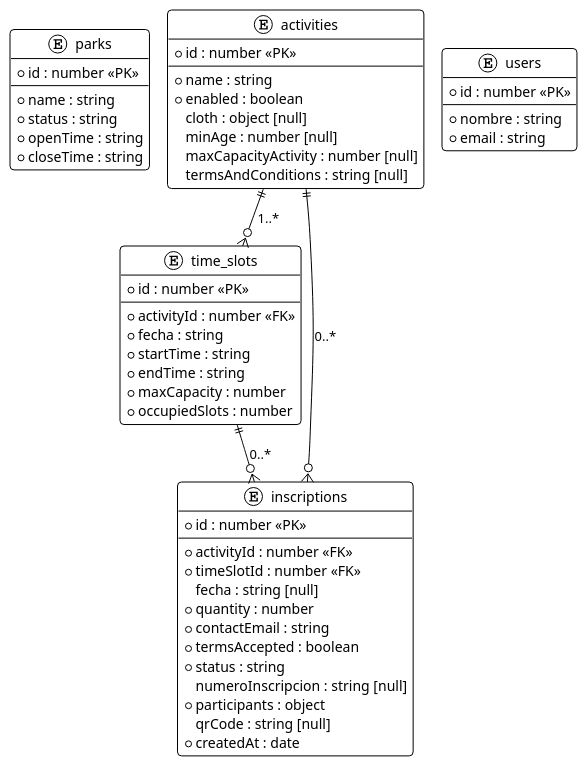
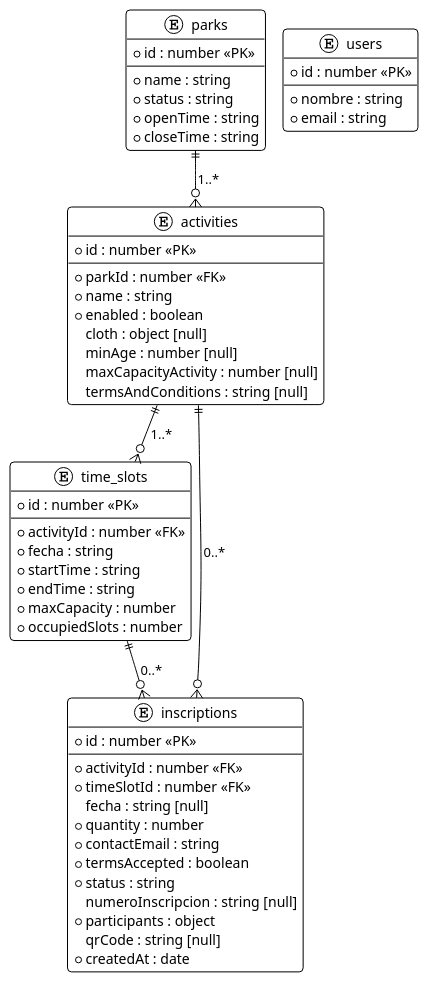
The diagram in trabajos/practicos-evaluables/practico-6/doc-testing/diagrams/ecoharmony_erd.puml (milagrso/repositorio-ISW-g4-4k3-2026), drawn with PlantUML before and after one commit. The commit also changed 1 other file, not shown here.

Commit message:
Se actualizo los diagramas

```diff
--- a/trabajos/practicos-evaluables/practico-6/doc-testing/diagrams/ecoharmony_erd.puml
+++ b/trabajos/practicos-evaluables/practico-6/doc-testing/diagrams/ecoharmony_erd.puml
@@ -1,64 +1,66 @@
 @startuml ecoharmony_erd
 !pragma layout smetana
 !theme plain
 skinparam roundcorner 8
 skinparam shadowing false
 
 entity "parks" as parks {
     * id : number <<PK>>
     --
     * name : string
     * status : string
     * openTime : string
     * closeTime : string
 }
 
 entity "activities" as activities {
     * id : number <<PK>>
     --
+    * parkId : number <<FK>>
     * name : string
     * enabled : boolean
     cloth : object [null]
     minAge : number [null]
     maxCapacityActivity : number [null]
     termsAndConditions : string [null]
 }
 
 entity "time_slots" as time_slots {
     * id : number <<PK>>
     --
     * activityId : number <<FK>>
     * fecha : string
     * startTime : string
     * endTime : string
     * maxCapacity : number
     * occupiedSlots : number
 }
 
 entity "users" as users {
     * id : number <<PK>>
     --
     * nombre : string
     * email : string
 }
 
 entity "inscriptions" as inscriptions {
     * id : number <<PK>>
     --
     * activityId : number <<FK>>
     * timeSlotId : number <<FK>>
     fecha : string [null]
     * quantity : number
     * contactEmail : string
     * termsAccepted : boolean
     * status : string
     numeroInscripcion : string [null]
     * participants : object
     qrCode : string [null]
     * createdAt : date
 }
 
+parks ||--o{ activities : "1..*"
 activities ||--o{ time_slots : "1..*"
 activities ||--o{ inscriptions : "0..*"
 time_slots ||--o{ inscriptions : "0..*"
 @enduml
```
